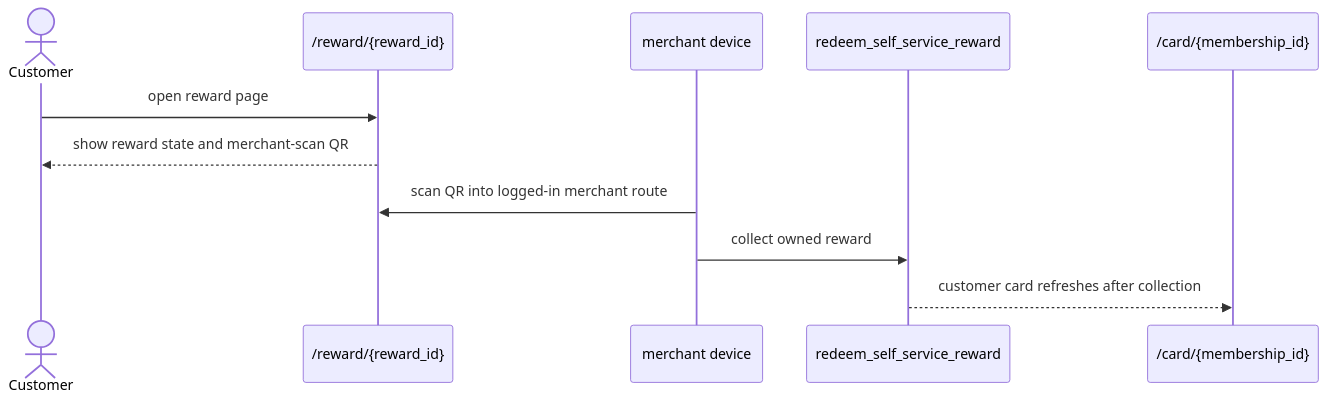
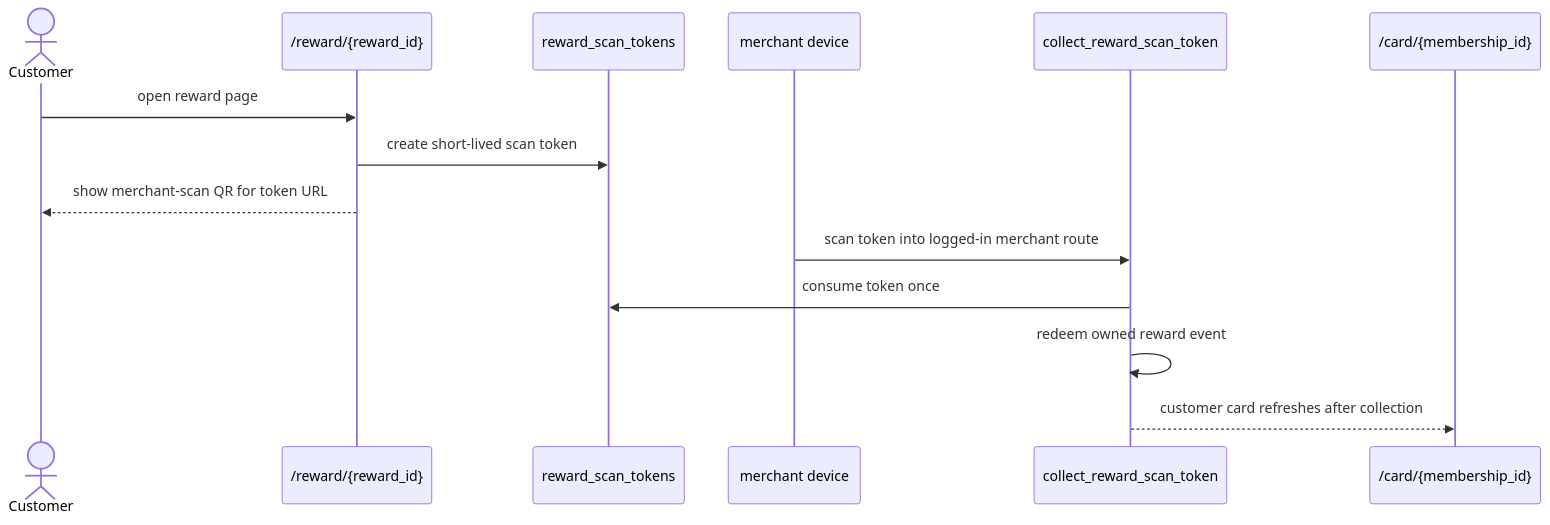
The fifth of 5 diagrams in docs/ARCHITECTURE.md (lapeninns/nabaperks), drawn with Mermaid before and after one commit. The commit also changed other lines of this file and 82 other files, not shown here.

````diff
--- a/docs/ARCHITECTURE.md
+++ b/docs/ARCHITECTURE.md
@@ -158,13 +166,16 @@
 ```mermaid
 sequenceDiagram
   actor Customer
   participant Reward as /reward/{reward_id}
+  participant Token as reward_scan_tokens
   participant Merchant as merchant device
-  participant RPC as redeem_self_service_reward
+  participant RPC as collect_reward_scan_token
   participant Card as /card/{membership_id}
   Customer->>Reward: open reward page
-  Reward-->>Customer: show reward state and merchant-scan QR
-  Merchant->>Reward: scan QR into logged-in merchant route
-  Merchant->>RPC: collect owned reward
+  Reward->>Token: create short-lived scan token
+  Reward-->>Customer: show merchant-scan QR for token URL
+  Merchant->>RPC: scan token into logged-in merchant route
+  RPC->>Token: consume token once
+  RPC->>RPC: redeem owned reward event
   RPC-->>Card: customer card refreshes after collection
 ```
````
